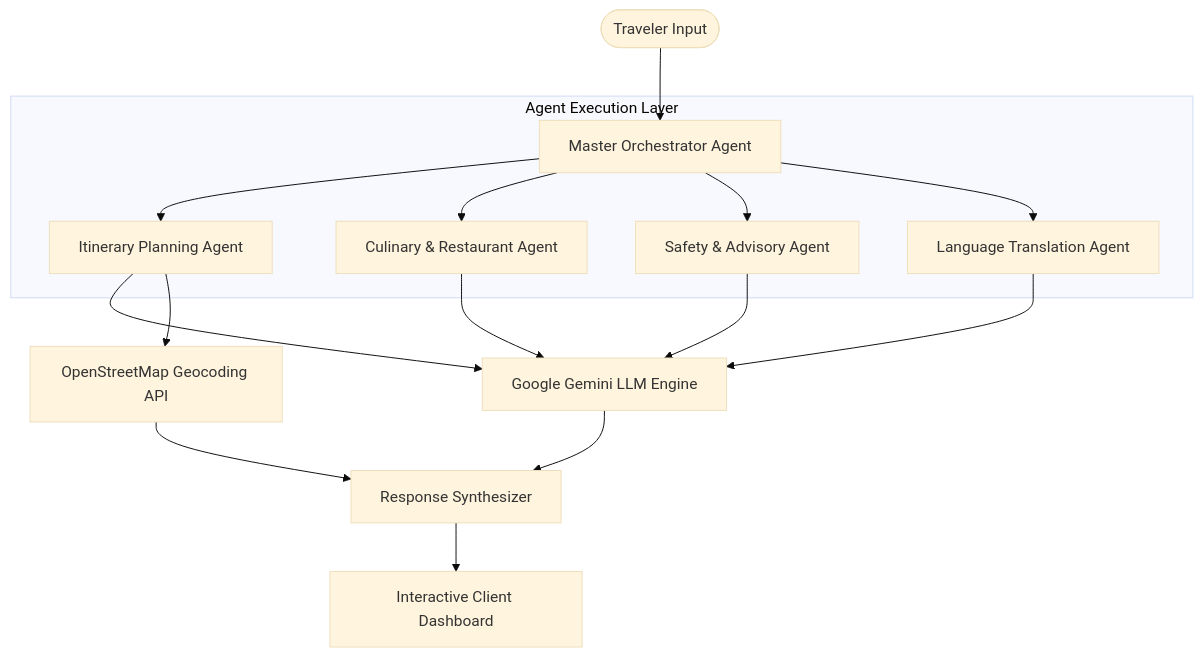
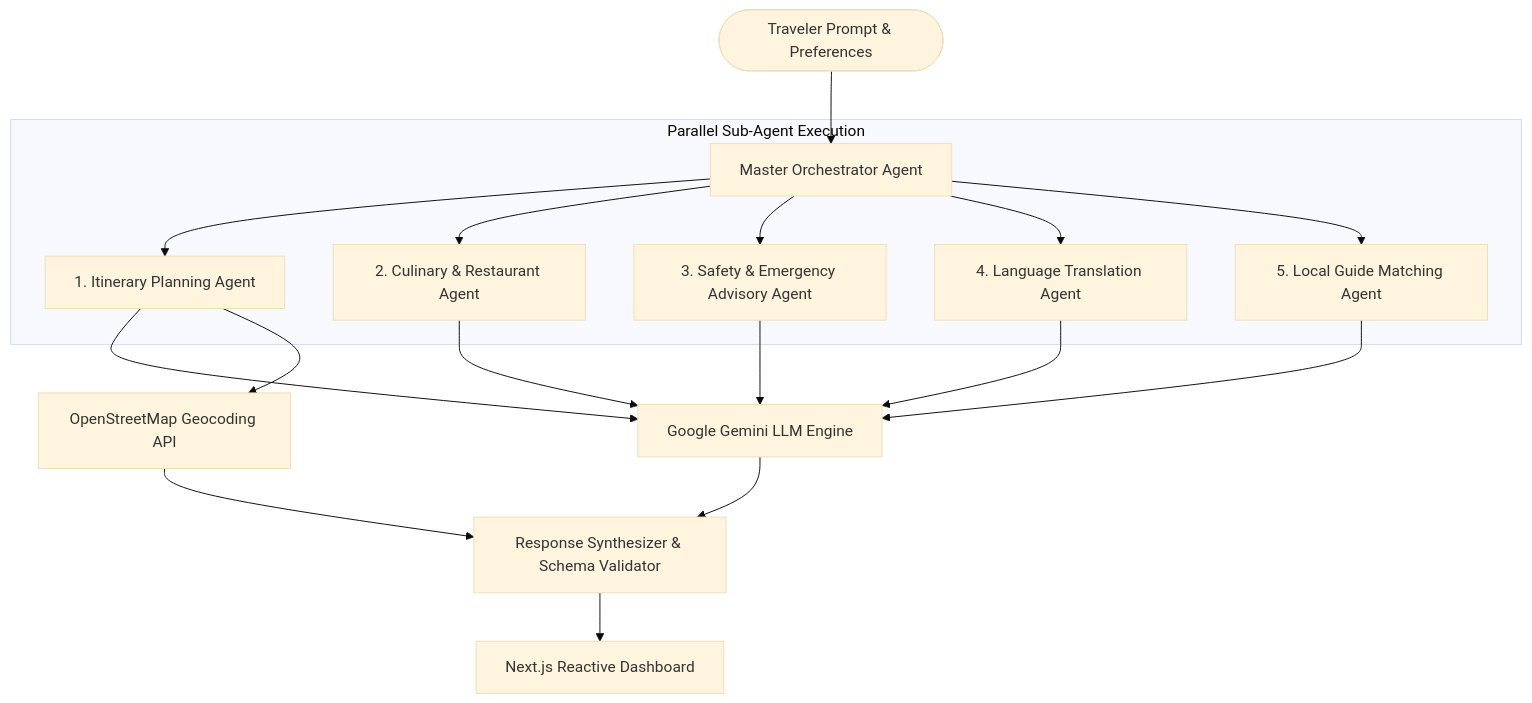
One commit to KrishnaKanhaiya1/smartTour changed the diagram in README.md. Above: the diagram before and after it, drawn with Mermaid (base theme). The commit also changed other lines of this file, not shown here.

Commit message:
docs: expand comprehensive README documentation with architecture diagrams, features, tech stack & setup guides

````diff
--- a/README.md
+++ b/README.md
@@ -28,22 +28,24 @@
 ```mermaid
 flowchart TD
-    User([Traveler Input]) --> Router[Master Orchestrator Agent]
+    User([Traveler Prompt & Preferences]) --> Router[Master Orchestrator Agent]
     
-    subgraph Agent Execution Layer
-        Router --> ItineraryAgent[Itinerary Planning Agent]
-        Router --> FoodAgent[Culinary & Restaurant Agent]
-        Router --> SafetyAgent[Safety & Advisory Agent]
-        Router --> TranslationAgent[Language Translation Agent]
+    subgraph Parallel Sub-Agent Execution
+        Router --> ItineraryAgent[1. Itinerary Planning Agent]
+        Router --> FoodAgent[2. Culinary & Restaurant Agent]
+        Router --> SafetyAgent[3. Safety & Emergency Advisory Agent]
+        Router --> TranslationAgent[4. Language Translation Agent]
+        Router --> GuideAgent[5. Local Guide Matching Agent]
     end
     
     ItineraryAgent --> Gemini[Google Gemini LLM Engine]
     FoodAgent --> Gemini
     SafetyAgent --> Gemini
     TranslationAgent --> Gemini
+    GuideAgent --> Gemini
     
-    ItineraryAgent --> Maps[OpenStreetMap Geocoding API]
+    ItineraryAgent --> OpenStreetMap[OpenStreetMap Geocoding API]
     
-    Gemini --> Synthesizer[Response Synthesizer]
-    Maps --> Synthesizer
-    Synthesizer --> UI[Interactive Client Dashboard]
+    Gemini --> ResponseSynthesizer[Response Synthesizer & Schema Validator]
+    OpenStreetMap --> ResponseSynthesizer
+    ResponseSynthesizer --> UI[Next.js Reactive Dashboard]
 ```
````
